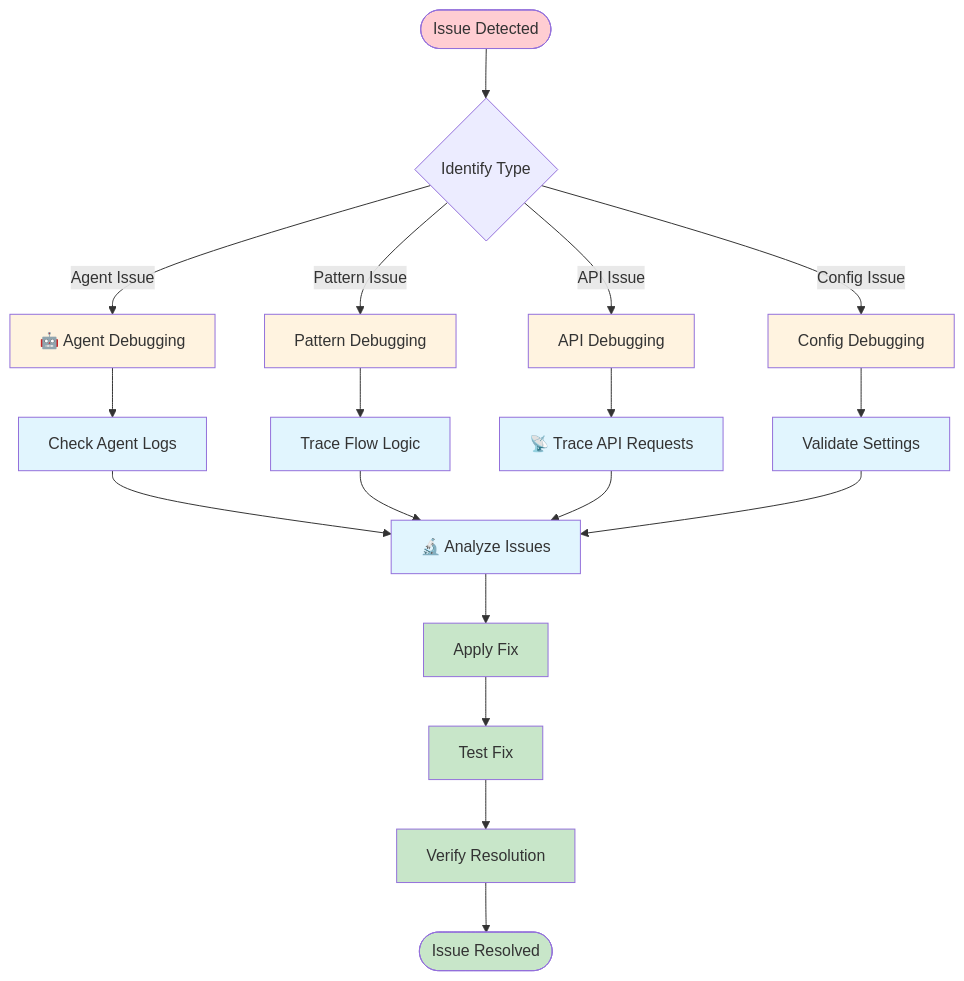
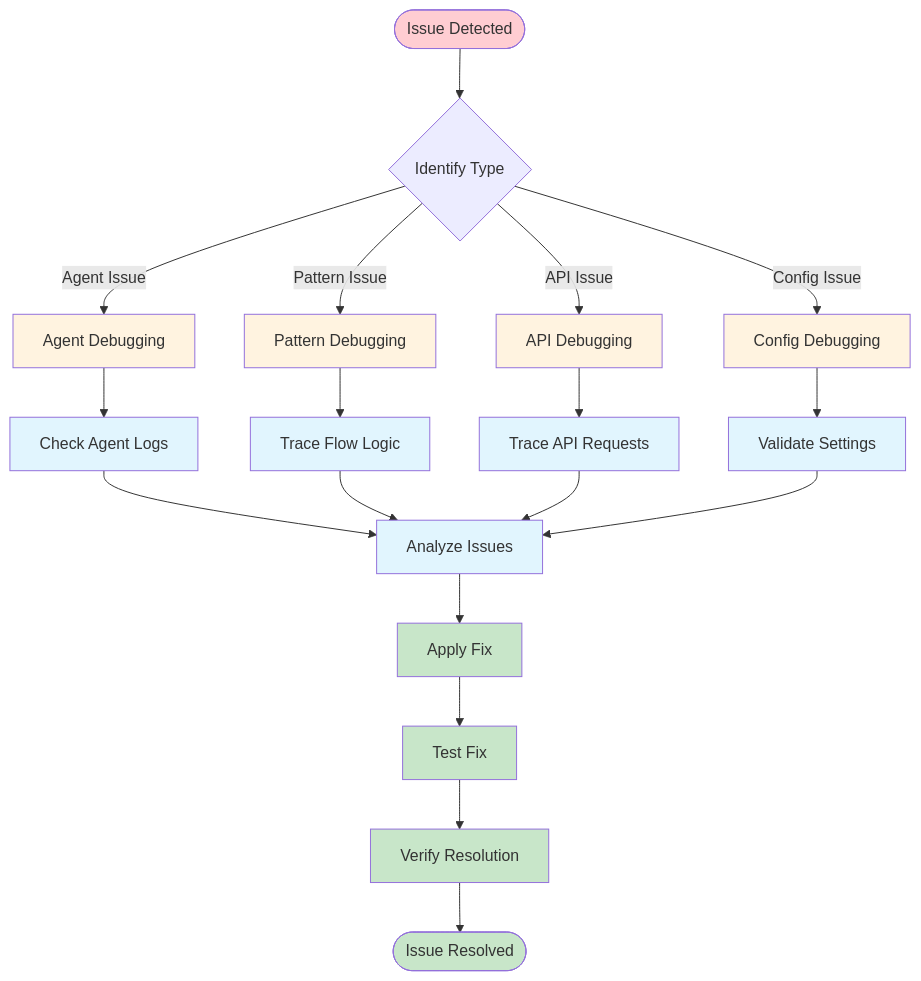
Diagram 11 of 11 in docs/development/README.md (the-ingenious-dark-knight/Insight_Ingenious), drawn with Mermaid before and after one commit. The commit also changed other lines of this file and 17 other files, not shown here.

````diff
--- a/docs/development/README.md
+++ b/docs/development/README.md
@@ -676,34 +676,34 @@
 ```mermaid
 flowchart TD
     ISSUE([ Issue Detected]) --> IDENTIFY{ Identify Type}
 
-    IDENTIFY -->|Agent Issue| AGENT_DEBUG[🤖 Agent Debugging]
+    IDENTIFY -->|Agent Issue| AGENT_DEBUG[Agent Debugging]
     IDENTIFY -->|Pattern Issue| PATTERN_DEBUG[ Pattern Debugging]
     IDENTIFY -->|API Issue| API_DEBUG[ API Debugging]
     IDENTIFY -->|Config Issue| CONFIG_DEBUG[ Config Debugging]
 
     AGENT_DEBUG --> LOGS[ Check Agent Logs]
     PATTERN_DEBUG --> FLOW[ Trace Flow Logic]
-    API_DEBUG --> REQUESTS[📡 Trace API Requests]
+    API_DEBUG --> REQUESTS[Trace API Requests]
     CONFIG_DEBUG --> SETTINGS[ Validate Settings]
 
-    LOGS --> ANALYZE[🔬 Analyze Issues]
+    LOGS --> ANALYZE[Analyze Issues]
     FLOW --> ANALYZE
     REQUESTS --> ANALYZE
     SETTINGS --> ANALYZE
 
     ANALYZE --> FIX[ Apply Fix]
     FIX --> TEST[ Test Fix]
     TEST --> VERIFY[ Verify Resolution]
     VERIFY --> DONE([ Issue Resolved])
 
     classDef issue fill:#ffcdd2
     classDef debug fill:#fff3e0
     classDef process fill:#e1f5fe
     classDef fix fill:#c8e6c9
 
     class ISSUE issue
     class AGENT_DEBUG,PATTERN_DEBUG,API_DEBUG,CONFIG_DEBUG debug
     class LOGS,FLOW,REQUESTS,SETTINGS,ANALYZE process
     class FIX,TEST,VERIFY,DONE fix
 ```
````
